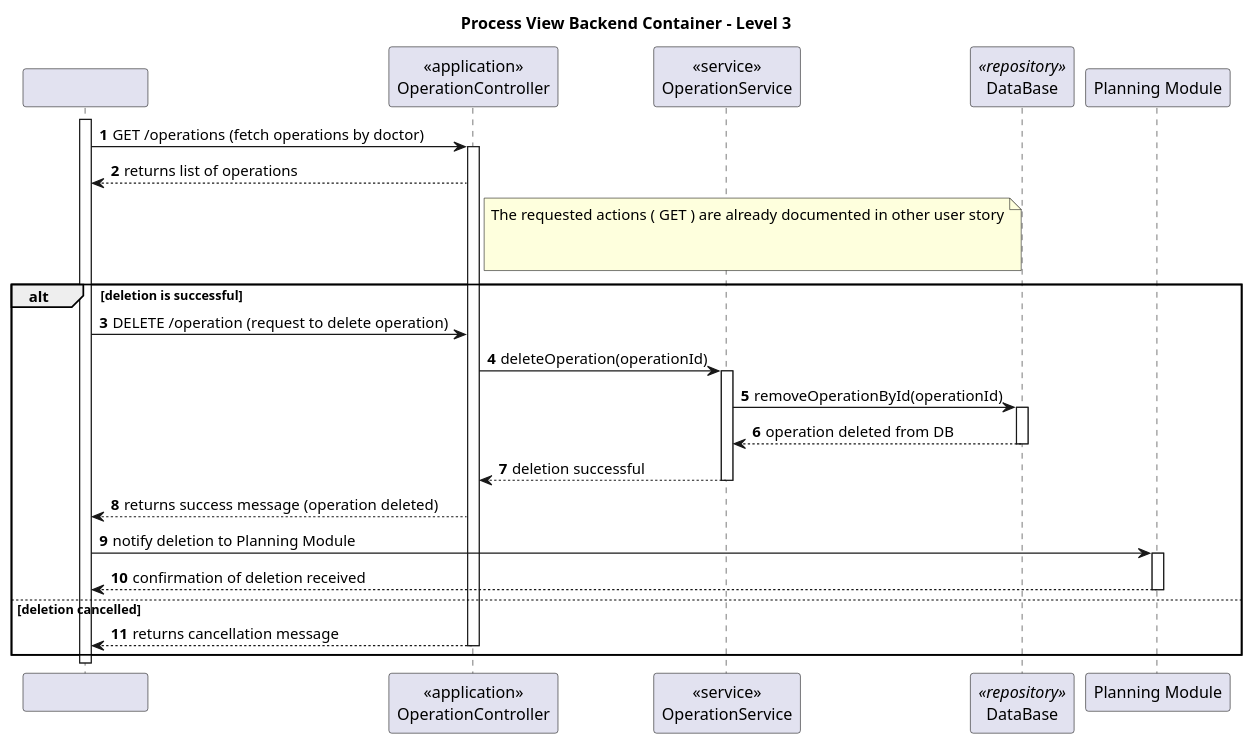
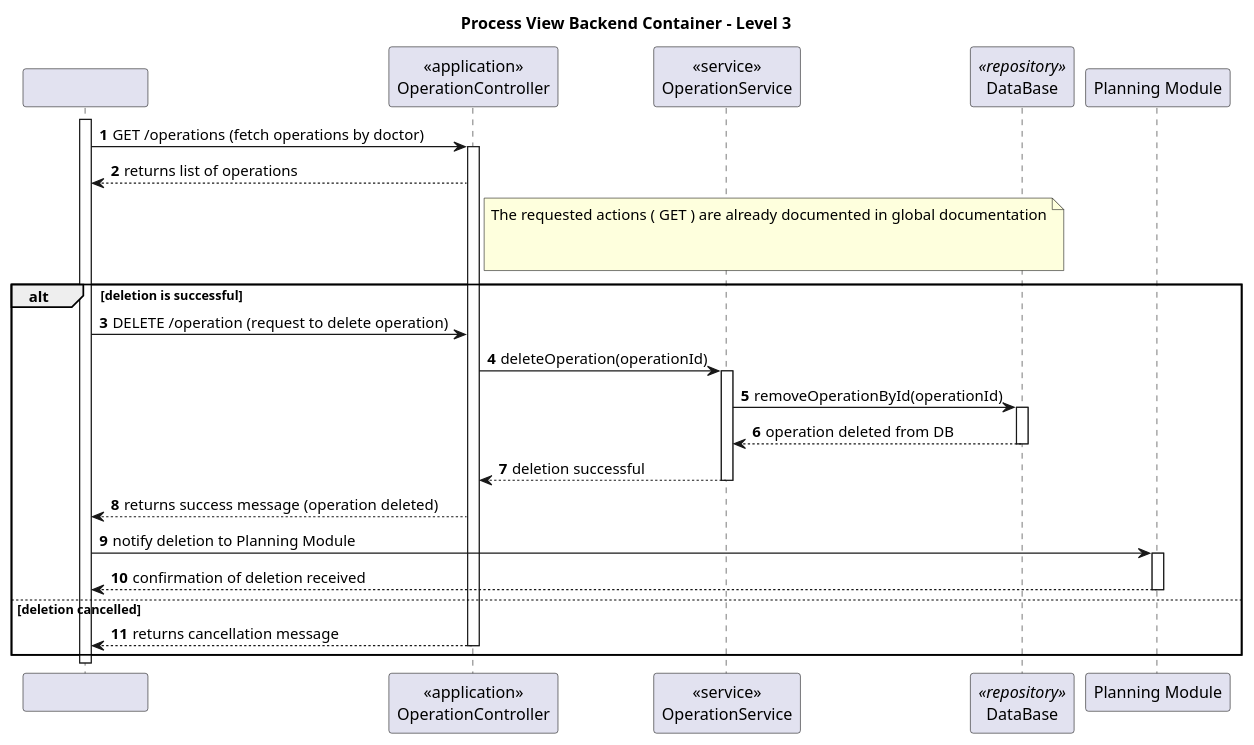
One commit to Saquinho74/LAPR5 changed the diagram in Docs/SprintA/US18/level3/process_view.puml. Above: the diagram before and after it, drawn with PlantUML. The commit also changed 13 other files, not shown here.

Commit message:
Generic PUT, GET and POST documentation updated

```diff
--- a/Docs/SprintA/US18/level3/process_view.puml
+++ b/Docs/SprintA/US18/level3/process_view.puml
@@ -1,83 +1,83 @@
 @startuml
 'https://plantuml.com/sequence-diagram
 
 autonumber
 
 participant "                          " as sys
 participant "<<application>>\nOperationController" as ctrl
 participant "<<service>>\nOperationService" as serv
 participant "DataBase" as repo <<repository>>
 participant "Planning Module" as planning
 
 title Process View Backend Container - Level 3
 
 activate sys
 
 
 sys -> ctrl : GET /operations (fetch operations by doctor)
 
 activate ctrl
 
 ctrl --> sys: returns list of operations
 
 
 note right of ctrl
-  The requested actions ( GET ) are already documented in other user story
+  The requested actions ( GET ) are already documented in global documentation
 
 
 end note
 
 
 
 
 
 deactivate repo
 
 
 deactivate serv
 
 
 
 
 alt deletion is successful
 
 sys -> ctrl : DELETE /operation (request to delete operation)
 
     ctrl -> serv: deleteOperation(operationId)
 
     activate serv
 
     serv -> repo: removeOperationById(operationId)
 
     activate repo
 
     repo --> serv: operation deleted from DB
 
     deactivate repo
 
     serv --> ctrl: deletion successful
 
     deactivate serv
 
     ctrl --> sys: returns success message (operation deleted)
 
     sys -> planning: notify deletion to Planning Module
 
     activate planning
 
     planning --> sys: confirmation of deletion received
 
     deactivate planning
 
 else deletion cancelled
 
     ctrl --> sys: returns cancellation message
 
     deactivate ctrl
 
 end
 
 deactivate sys
 deactivate ctrl
 
 @enduml
```
